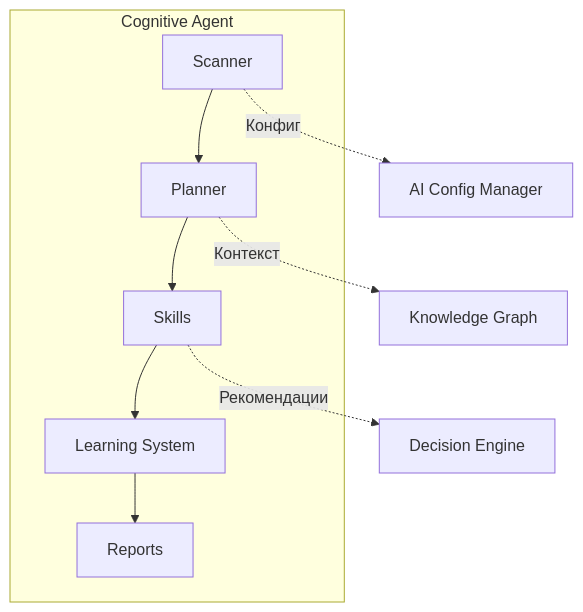
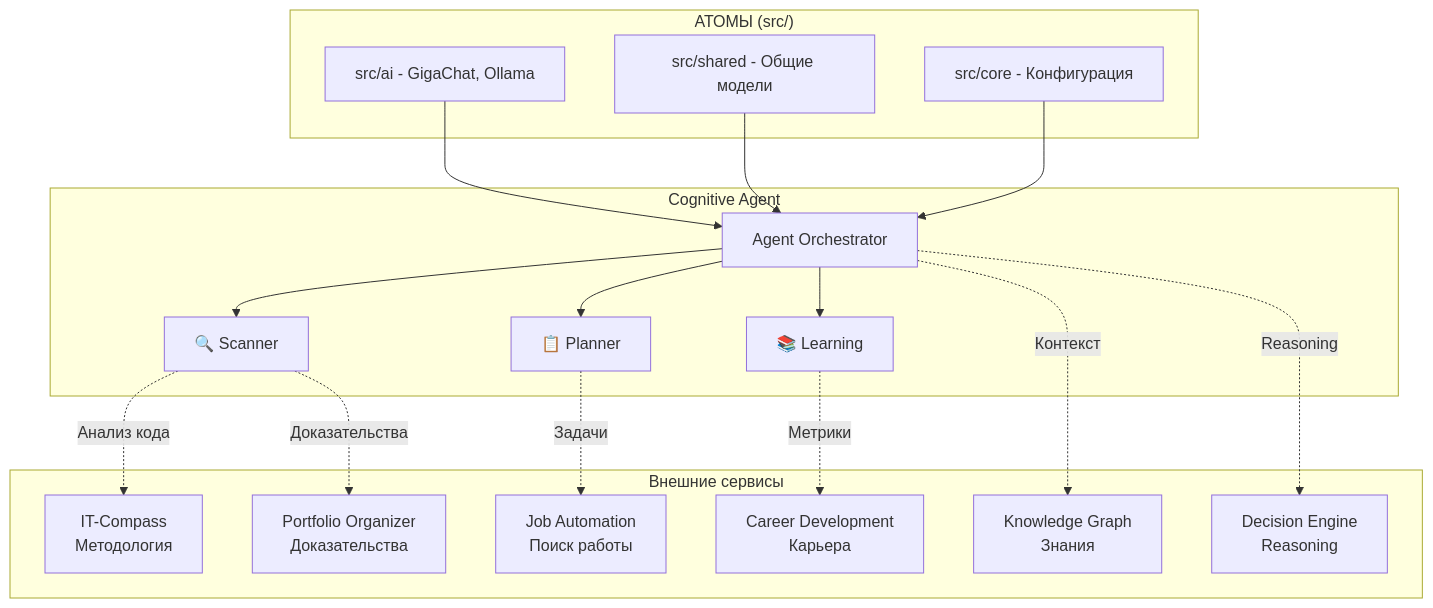
One commit to Control39/portfolio-system-architect changed the diagram in apps/cognitive_agent/README.md. Above: the diagram before and after it, drawn with Mermaid. The commit also changed other lines of this file and 2 other files, not shown here.

First line of the commit message:
docs: полное обновление документации Cognitive Agent

````diff
--- a/apps/cognitive_agent/README.md
+++ b/apps/cognitive_agent/README.md
@@ -88,13 +93,39 @@
 ```mermaid
 graph TB
-    subgraph "Cognitive Agent"
-        A[Scanner] --> B[Planner]
-        B --> C[Skills]
-        C --> D[Learning System]
-        D --> E[Reports]
+    subgraph "АТОМЫ (src/)"
+        A1[src/ai - GigaChat, Ollama]
+        A2[src/shared - Общие модели]
+        A3[src/core - Конфигурация]
     end
 
-    A -.->|Конфиг| H[AI Config Manager]
-    B -.->|Контекст| F[Knowledge Graph]
-    C -.->|Рекомендации| G[Decision Engine]
+    subgraph "Cognitive Agent"
+        CA[Agent Orchestrator]
+        Scanner[🔍 Scanner]
+        Planner[📋 Planner]
+        Learning[📚 Learning]
+    end
+    
+    subgraph "Внешние сервисы"
+        IT[IT-Compass<br/>Методология]
+        JA[Job Automation<br/>Поиск работы]
+        DE[Decision Engine<br/>Reasoning]
+        KG[Knowledge Graph<br/>Знания]
+        PO[Portfolio Organizer<br/>Доказательства]
+        CD[Career Development<br/>Карьера]
+    end
+
+    A1 --> CA
+    A2 --> CA
+    A3 --> CA
+    
+    CA --> Scanner
+    CA --> Planner
+    CA --> Learning
+    
+    Scanner -.->|Анализ кода| IT
+    Planner -.->|Задачи| JA
+    Learning -.->|Метрики| CD
+    CA -.->|Контекст| KG
+    CA -.->|Reasoning| DE
+    Scanner -.->|Доказательства| PO
 ```
````
